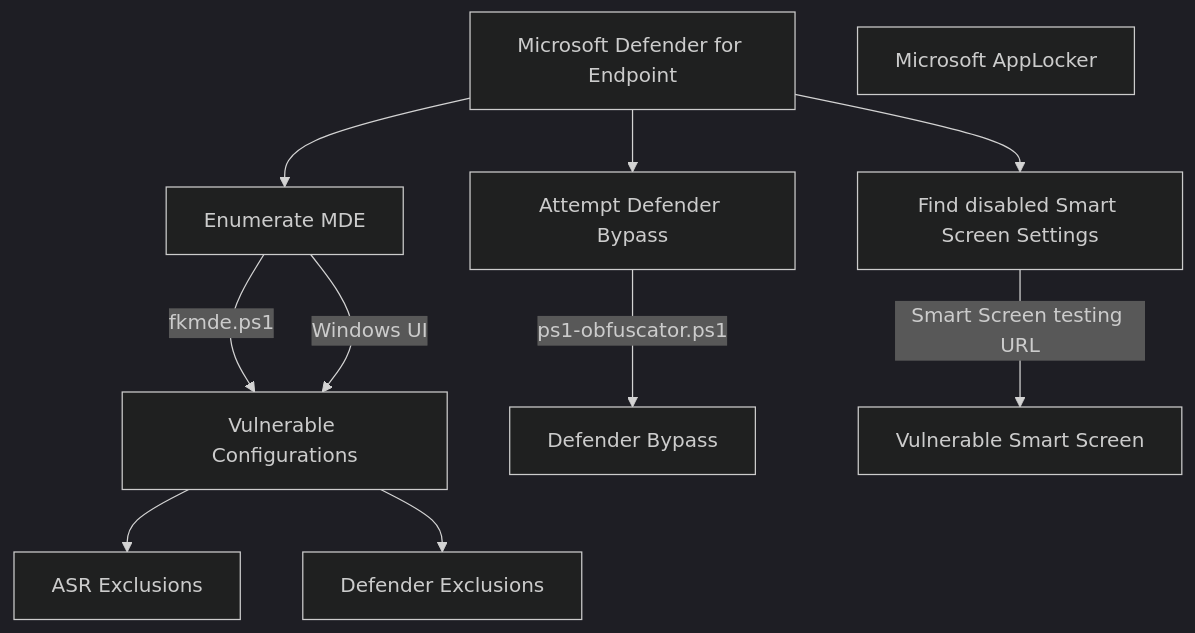
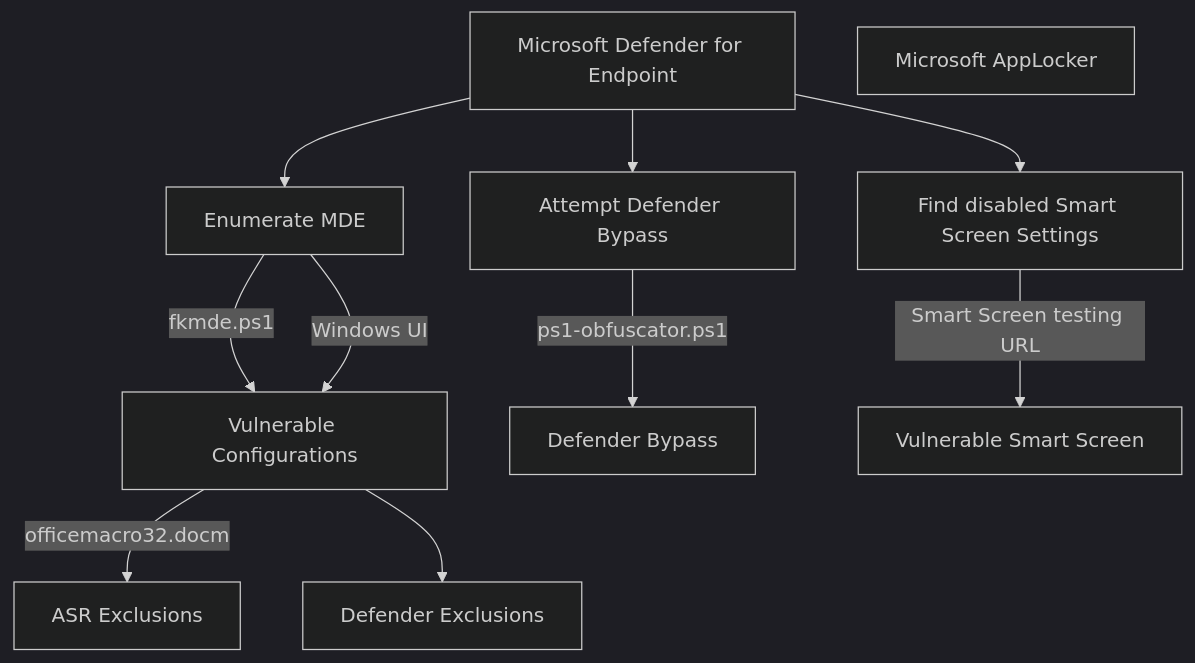
Before and after one commit to fkxdr/fkxdr-mindmaps: the diagram in README.md, drawn with Mermaid (dark theme).

````diff
--- a/README.md
+++ b/README.md
@@ -7,17 +7,17 @@
 ```mermaid
 flowchart TD
     MDE[ Microsoft Defender for Endpoint ]
     MDE --> MDEENUM[ Enumerate MDE ]
     MDEENUM --> | fkmde.ps1 | MDEVULN[ Vulnerable Configurations ]
     MDEENUM --> |  Windows UI | MDEVULN[ Vulnerable Configurations ]
-    MDEVULN --> MDEASR[ ASR Exclusions ]
+    MDEVULN --> | officemacro32.docm | MDEASR[ ASR Exclusions ]
     MDEVULN --> MDEEXCLUSION[ Defender Exclusions ]
 
     MDE --> MDEBYPASS[ Attempt Defender Bypass ]
     MDEBYPASS --> | ps1-obfuscator.ps1 | MDEBYPASS2[ Defender Bypass ]
 
     MDE --> MDESSCR[ Find disabled Smart Screen Settings ]
     MDESSCR --> | Smart Screen testing URL | MDESSCR2[ Vulnerable Smart Screen ]
 
     APP[ Microsoft AppLocker ]
 ```
````
